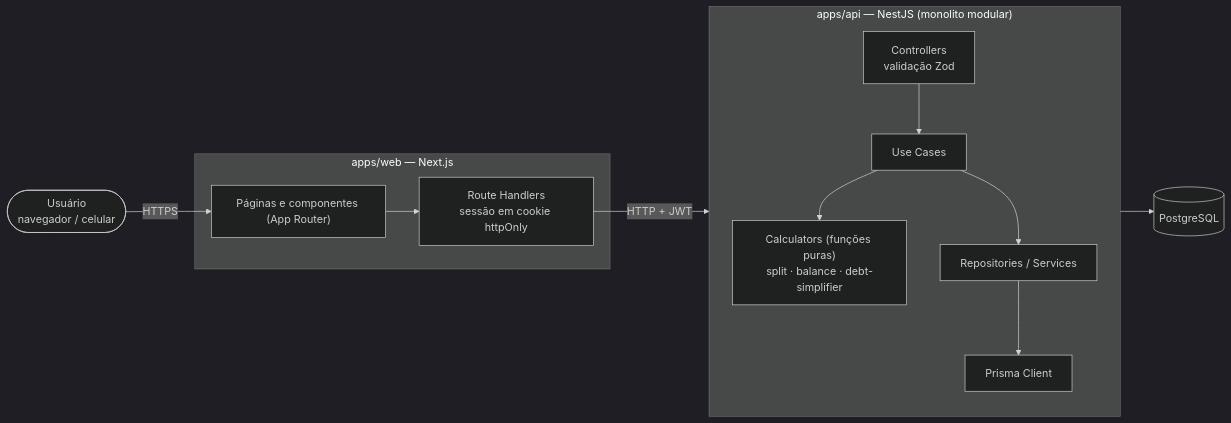
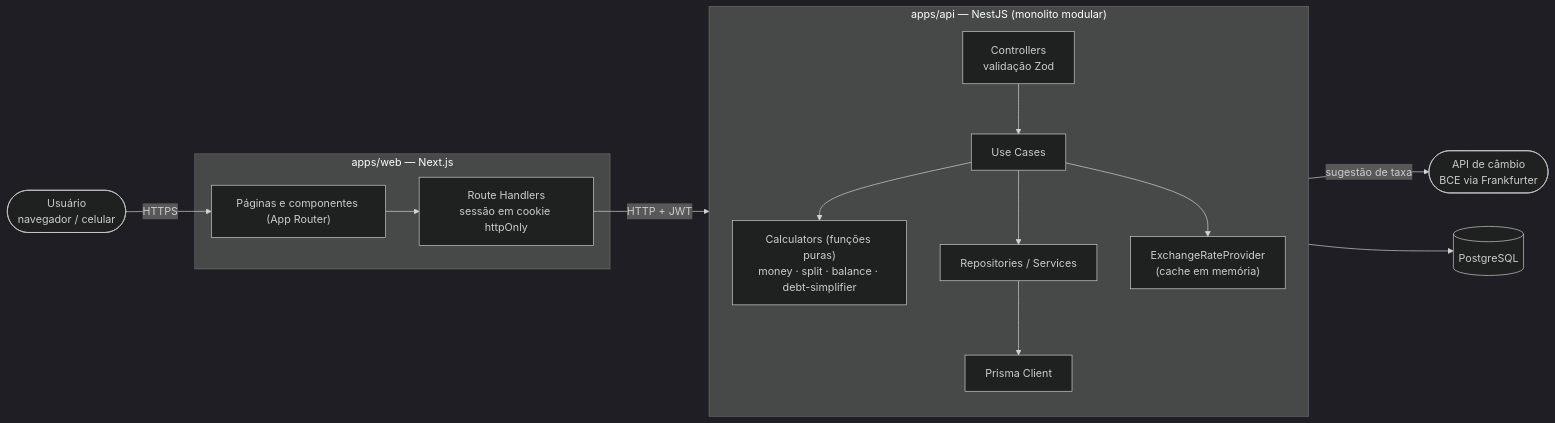
Before and after one commit to iguinn13/split-and-go-case: the first of 3 diagrams in docs/architecture/plan.md, drawn with Mermaid (dark theme). The commit also changed other lines of this file and 6 other files, not shown here.

Commit message:
docs(architecture): add currency conversion model, api and ADR 0006

````diff
--- a/docs/architecture/plan.md
+++ b/docs/architecture/plan.md
@@ -7,29 +7,33 @@
 ```mermaid
 flowchart LR
     user([Usuário<br/>navegador / celular])
 
     subgraph web["apps/web — Next.js"]
         pages["Páginas e componentes (App Router)"]
         bff["Route Handlers<br/>sessão em cookie httpOnly"]
     end
 
     subgraph api["apps/api — NestJS (monolito modular)"]
         direction TB
         ctrl["Controllers<br/>validação Zod"]
         uc["Use Cases"]
-        calc["Calculators (funções puras)<br/>split · balance · debt-simplifier"]
+        calc["Calculators (funções puras)<br/>money · split · balance · debt-simplifier"]
         repo["Repositories / Services"]
         prisma["Prisma Client"]
         ctrl --> uc
+        provider["ExchangeRateProvider<br/>(cache em memória)"]
         uc --> calc
         uc --> repo
+        uc --> provider
         repo --> prisma
     end
 
     db[("PostgreSQL")]
+    fx(["API de câmbio<br/>BCE via Frankfurter"])
+    provider -->|"sugestão de taxa"| fx
 
     user -->|HTTPS| pages
     pages --> bff
     bff -->|"HTTP + JWT"| ctrl
     prisma --> db
 ```
````
